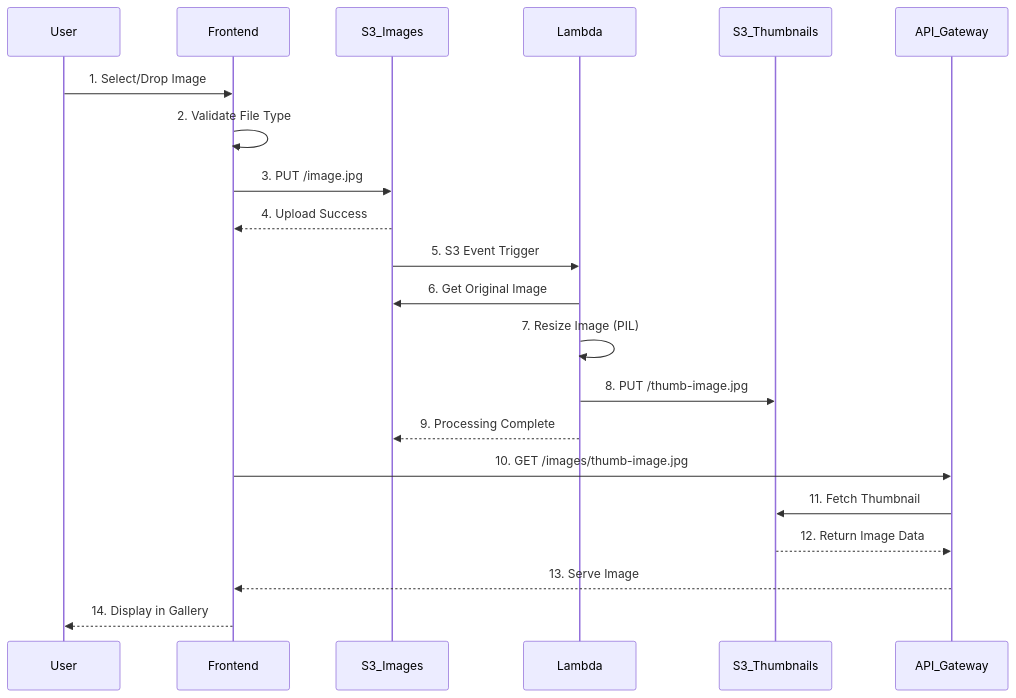
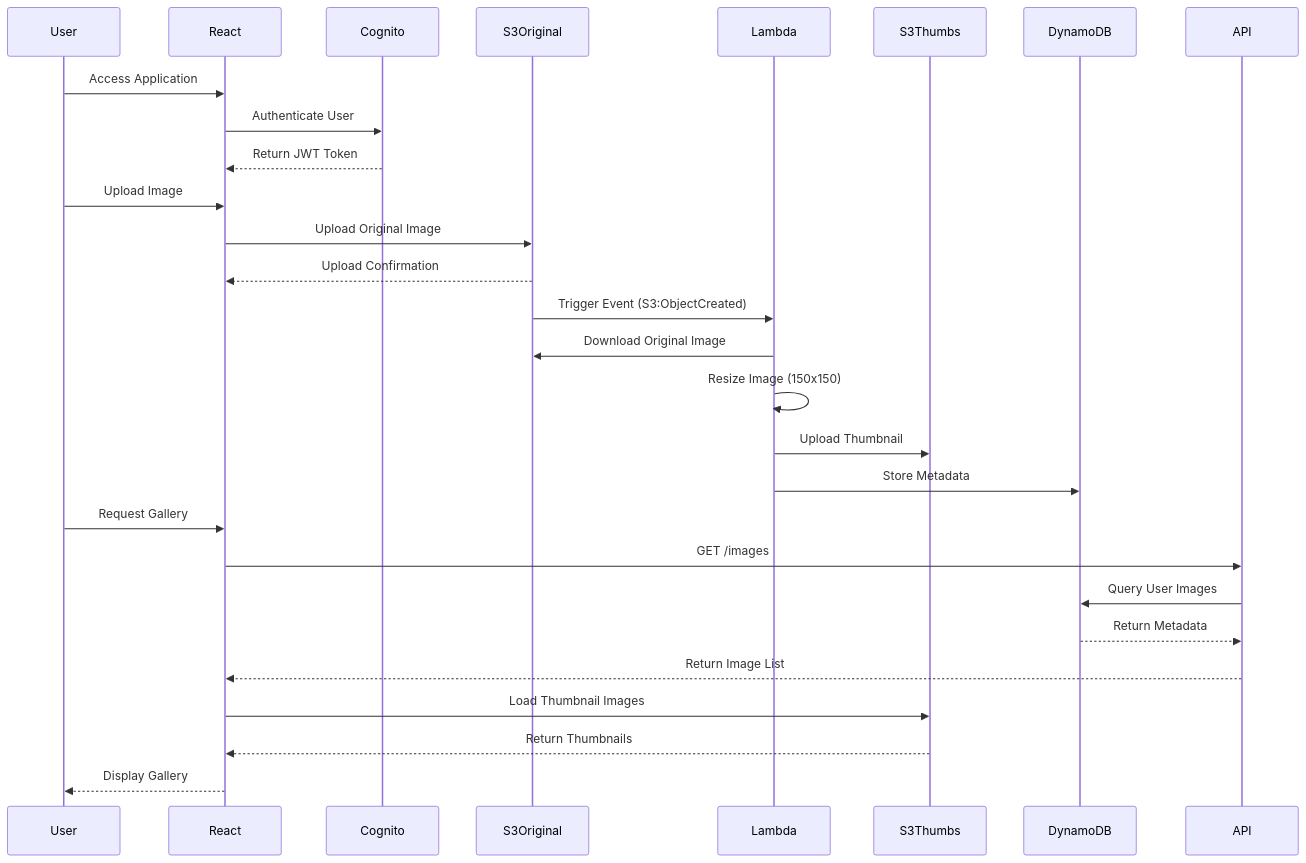
One commit to mangucletus/photo-sharing-application changed the second of 2 diagrams in README.md. Above: the diagram before and after it, drawn with Mermaid. The commit also changed other lines of this file and 3271 other files, not shown here.

````diff
--- a/README.md
+++ b/README.md
@@ -101,24 +95,34 @@
 ```mermaid
 sequenceDiagram
     participant User
-    participant Frontend
-    participant S3_Images
+    participant React
+    participant Cognito
+    participant S3Original
     participant Lambda
-    participant S3_Thumbnails
-    participant API_Gateway
+    participant S3Thumbs
+    participant DynamoDB
+    participant API
     
-    User->>Frontend: 1. Select/Drop Image
-    Frontend->>Frontend: 2. Validate File Type
-    Frontend->>S3_Images: 3. PUT /image.jpg
-    S3_Images-->>Frontend: 4. Upload Success
-    S3_Images->>Lambda: 5. S3 Event Trigger
-    Lambda->>S3_Images: 6. Get Original Image
-    Lambda->>Lambda: 7. Resize Image (PIL)
-    Lambda->>S3_Thumbnails: 8. PUT /thumb-image.jpg
-    Lambda-->>S3_Images: 9. Processing Complete
-    Frontend->>API_Gateway: 10. GET /images/thumb-image.jpg
-    API_Gateway->>S3_Thumbnails: 11. Fetch Thumbnail
-    S3_Thumbnails-->>API_Gateway: 12. Return Image Data
-    API_Gateway-->>Frontend: 13. Serve Image
-    Frontend-->>User: 14. Display in Gallery
+    User->>React: Access Application
+    React->>Cognito: Authenticate User
+    Cognito-->>React: Return JWT Token
+    
+    User->>React: Upload Image
+    React->>S3Original: Upload Original Image
+    S3Original-->>React: Upload Confirmation
+    
+    S3Original->>Lambda: Trigger Event (S3:ObjectCreated)
+    Lambda->>S3Original: Download Original Image
+    Lambda->>Lambda: Resize Image (150x150)
+    Lambda->>S3Thumbs: Upload Thumbnail
+    Lambda->>DynamoDB: Store Metadata
+    
+    User->>React: Request Gallery
+    React->>API: GET /images
+    API->>DynamoDB: Query User Images
+    DynamoDB-->>API: Return Metadata
+    API-->>React: Return Image List
+    React->>S3Thumbs: Load Thumbnail Images
+    S3Thumbs-->>React: Return Thumbnails
+    React-->>User: Display Gallery
 ```
````
